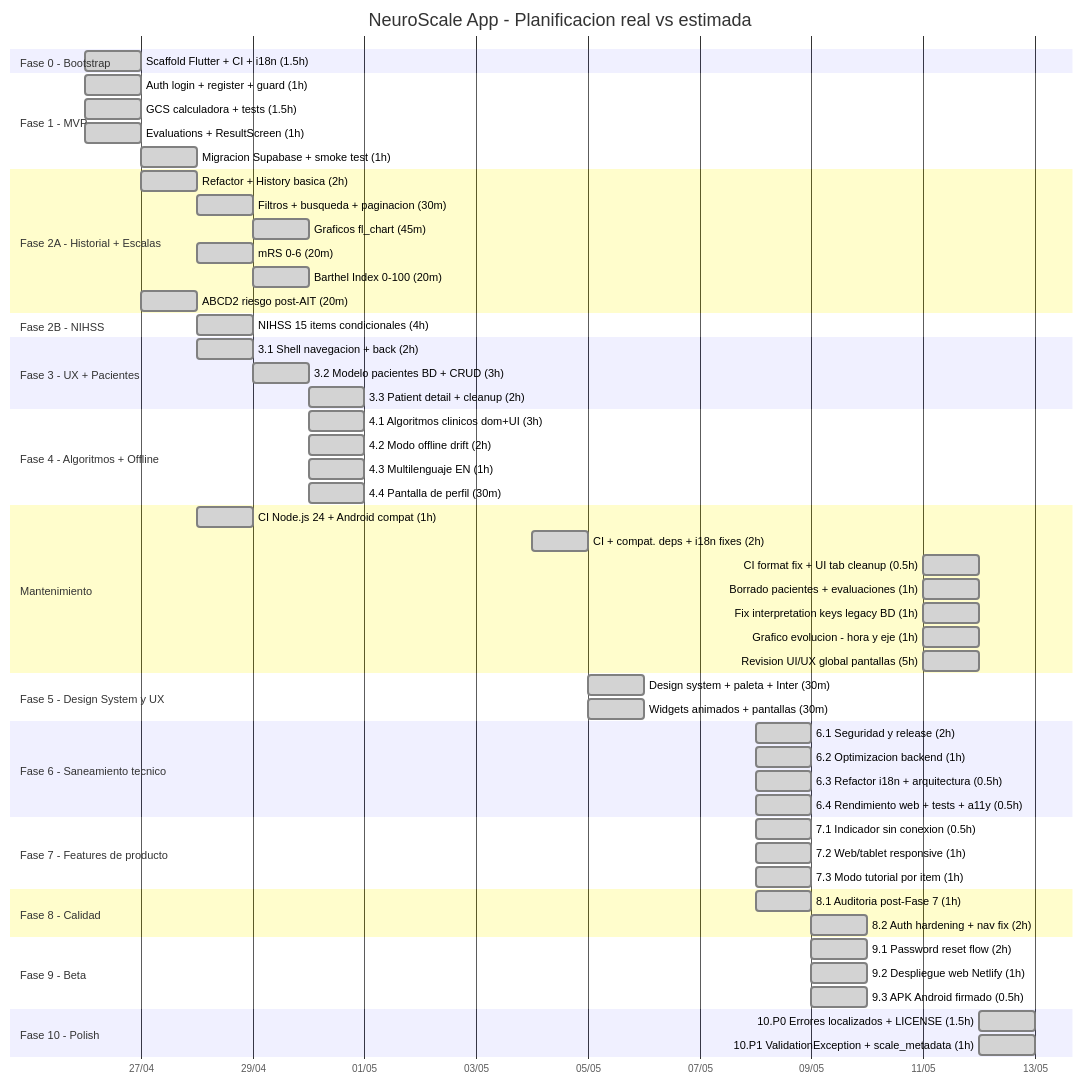
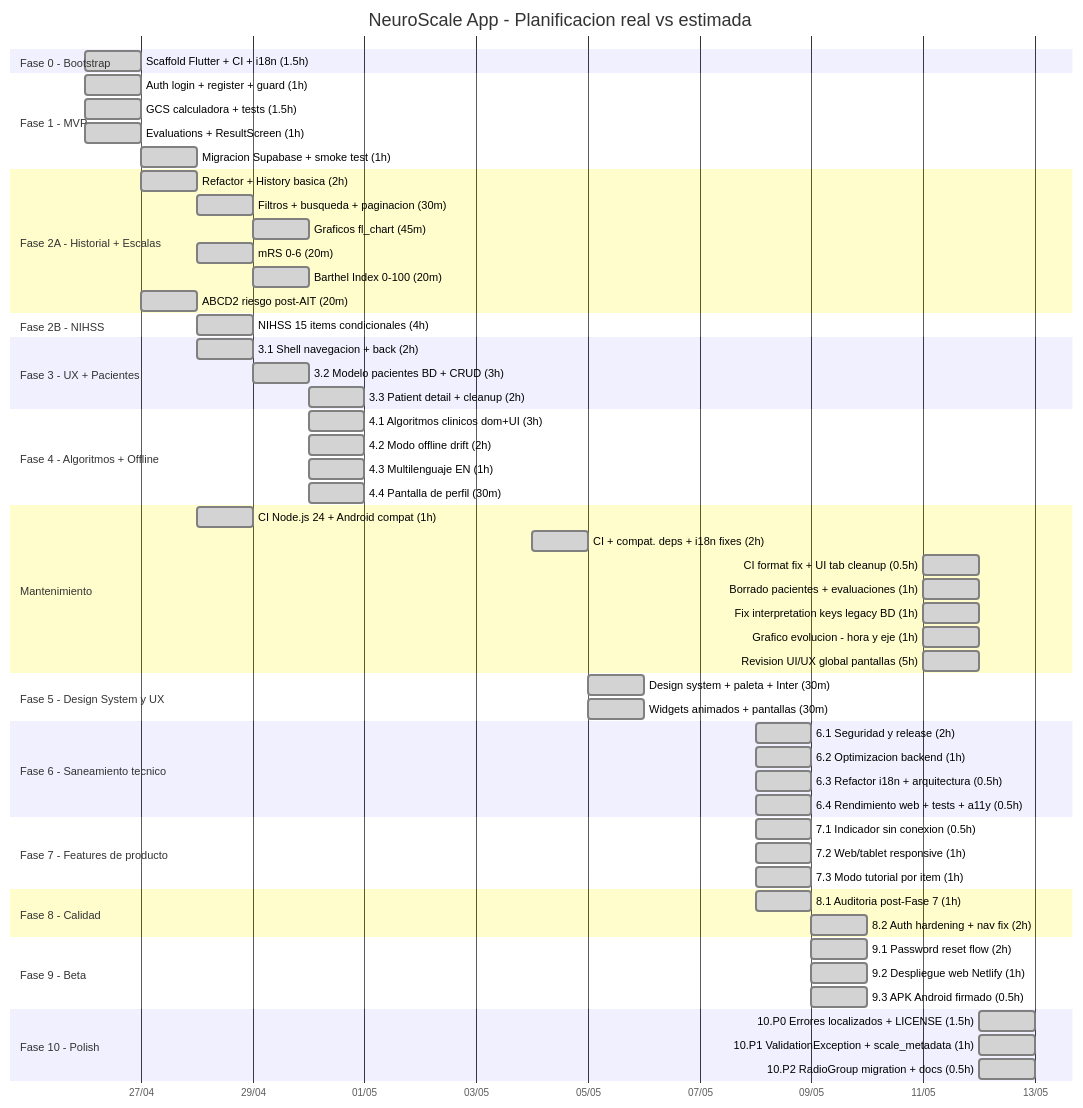
One commit to grisllo/NeuroScaleApp changed the diagram in README.md. Above: the diagram before and after it, drawn with Mermaid. The commit also changed other lines of this file and 2 other files, not shown here.

Commit message:
docs: cerrar Fase 10 — ROADMAP actualizado, Gantt ~71h, fix comentario scale_definition

````diff
--- a/README.md
+++ b/README.md
@@ -47,74 +47,75 @@
 ```mermaid
 gantt
     title NeuroScale App - Planificacion real vs estimada
     dateFormat  YYYY-MM-DD
     axisFormat  %d/%m
 
     section Fase 0 - Bootstrap
     Scaffold Flutter + CI + i18n (1.5h)      :done, f0,   2026-04-26, 1d
 
     section Fase 1 - MVP
     Auth login + register + guard (1h)       :done, f1a,  2026-04-26, 1d
     GCS calculadora + tests (1.5h)           :done, f1b,  2026-04-26, 1d
     Evaluations + ResultScreen (1h)          :done, f1c,  2026-04-26, 1d
     Migracion Supabase + smoke test (1h)     :done, f1d,  2026-04-27, 1d
 
     section Fase 2A - Historial + Escalas
     Refactor + History basica (2h)           :done, f2a1, 2026-04-27, 1d
     Filtros + busqueda + paginacion (30m)    :done, f2a2, after f2a1, 1d
     Graficos fl_chart (45m)                  :done, f2a3, after f2a2, 1d
     mRS 0-6 (20m)                            :done, f2a4, after f2a1, 1d
     Barthel Index 0-100 (20m)                :done, f2a5, after f2a4, 1d
     ABCD2 riesgo post-AIT (20m)              :done, f2a6, 2026-04-27, 1d
 
     section Fase 2B - NIHSS
     NIHSS 15 items condicionales (4h)        :done, f2b,  2026-04-28, 1d
 
     section Fase 3 - UX + Pacientes
     3.1 Shell navegacion + back (2h)         :done, f3a,  2026-04-28, 1d
     3.2 Modelo pacientes BD + CRUD (3h)      :done, f3b,  2026-04-29, 1d
     3.3 Patient detail + cleanup (2h)        :done, f3c,  2026-04-30, 1d
 
     section Fase 4 - Algoritmos + Offline
     4.1 Algoritmos clinicos dom+UI (3h)      :done, f4a,  2026-04-30, 1d
     4.2 Modo offline drift (2h)              :done, f4b,  2026-04-30, 1d
     4.3 Multilenguaje EN (1h)                :done, f4c,  2026-04-30, 1d
     4.4 Pantalla de perfil (30m)             :done, f4d,  2026-04-30, 1d
 
     section Mantenimiento
     CI Node.js 24 + Android compat (1h)      :done, mnt0, 2026-04-28, 1d
     CI + compat. deps + i18n fixes (2h)      :done, mnt,  2026-05-04, 1d
     CI format fix + UI tab cleanup (0.5h)    :done, mnt2, 2026-05-11, 1d
     Borrado pacientes + evaluaciones (1h)    :done, mnt3, 2026-05-11, 1d
     Fix interpretation keys legacy BD (1h)   :done, mnt4, 2026-05-11, 1d
     Grafico evolucion - hora y eje (1h)      :done, mnt5, 2026-05-11, 1d
     Revision UI/UX global pantallas (5h)     :done, mnt6, 2026-05-11, 1d
 
     section Fase 5 - Design System y UX
     Design system + paleta + Inter (30m)     :done, f5a,  2026-05-05, 1d
     Widgets animados + pantallas (30m)       :done, f5b,  2026-05-05, 1d
 
     section Fase 6 - Saneamiento tecnico
     6.1 Seguridad y release (2h)             :done, f6a,  2026-05-08, 1d
     6.2 Optimizacion backend (1h)            :done, f6b,  2026-05-08, 1d
     6.3 Refactor i18n + arquitectura (0.5h)  :done, f6c,  2026-05-08, 1d
     6.4 Rendimiento web + tests + a11y (0.5h) :done, f6d,  2026-05-08, 1d
 
     section Fase 7 - Features de producto
     7.1 Indicador sin conexion (0.5h)        :done, f7a,  2026-05-08, 1d
     7.2 Web/tablet responsive (1h)           :done, f7b,  2026-05-08, 1d
     7.3 Modo tutorial por item (1h)          :done, f7c,  2026-05-08, 1d
 
     section Fase 8 - Calidad
     8.1 Auditoria post-Fase 7 (1h)           :done, f8a,  2026-05-08, 1d
     8.2 Auth hardening + nav fix (2h)        :done, f8b,  2026-05-09, 1d
 
     section Fase 9 - Beta
     9.1 Password reset flow (2h)             :done, f9a,  2026-05-09, 1d
     9.2 Despliegue web Netlify (1h)          :done, f9b,  2026-05-09, 1d
     9.3 APK Android firmado (0.5h)           :done, f9c,  2026-05-09, 1d
 
     section Fase 10 - Polish
     10.P0 Errores localizados + LICENSE (1.5h) :done, f10a, 2026-05-12, 1d
     10.P1 ValidationException + scale_metadata (1h) :done, f10b, 2026-05-12, 1d
+    10.P2 RadioGroup migration + docs (0.5h) :done, f10c, 2026-05-12, 1d
 ```
````
